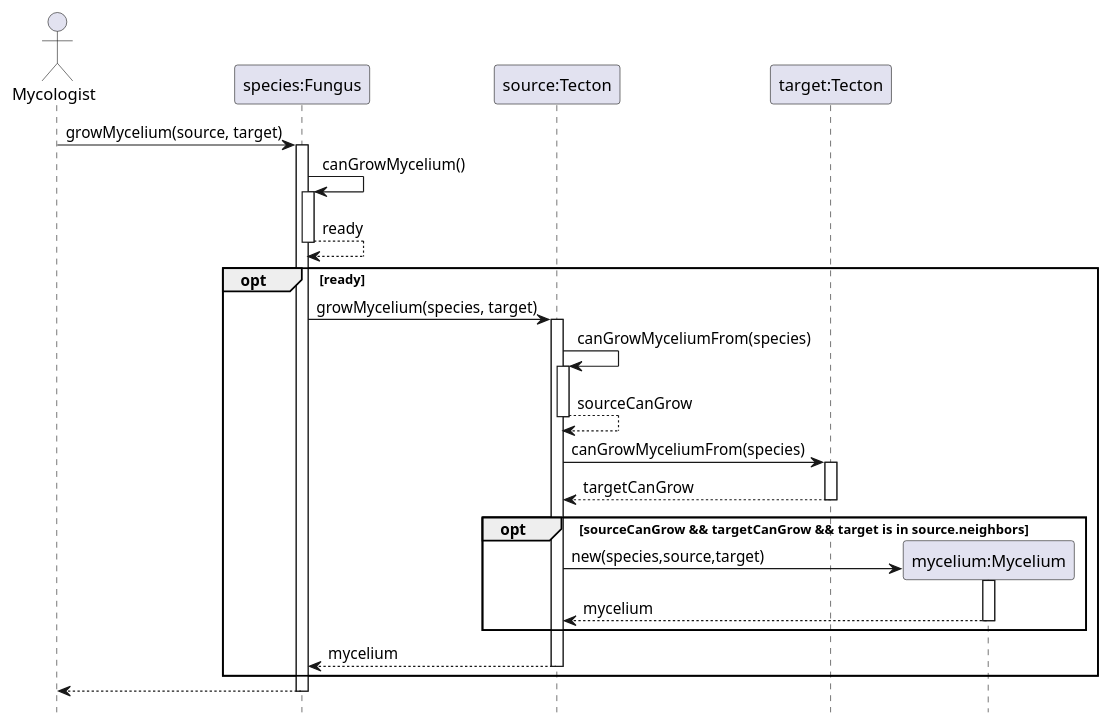
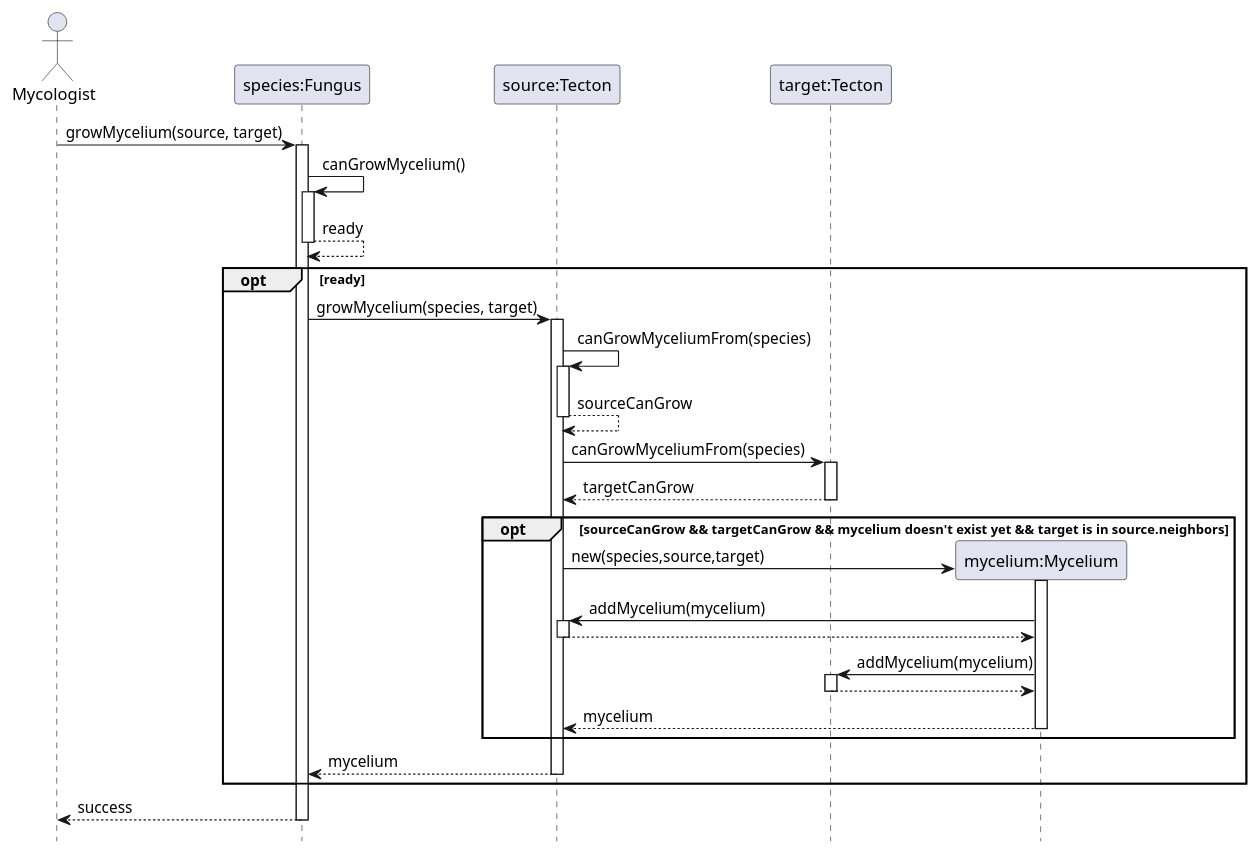
One commit to ZD4ve/projlab-error521 changed the diagram in Mycelium/mycelium-grow.pu. Above: the diagram before and after it, drawn with PlantUML. The commit also changed 8 other files, not shown here.

```diff
--- a/Mycelium/mycelium-grow.pu
+++ b/Mycelium/mycelium-grow.pu
@@ -1,39 +1,50 @@
 @startuml Mycelium/mycelium-grow
 hide footbox
 
 actor Mycologist
 participant "species:Fungus" as species
 participant "source:Tecton" as source
 participant "target:Tecton" as target
 participant "mycelium:Mycelium" as mycelium
 
 Mycologist -> species : growMycelium(source, target)
 activate species
 
 species -> species : canGrowMycelium()
 activate species
 return ready
 
 opt ready
 species -> source : growMycelium(species, target)
 activate source
     source -> source : canGrowMyceliumFrom(species)
     activate source
     return sourceCanGrow
+
     source -> target : canGrowMyceliumFrom(species) 
     ' ^check in implementation: (gombatest or mycelium) and (mycelium species count < limit)
     activate target
     return targetCanGrow
-    opt sourceCanGrow && targetCanGrow && target is in source.neighbors
+    opt sourceCanGrow && targetCanGrow && mycelium doesn't exist yet && target is in source.neighbors
         create mycelium
         source -> mycelium : new(species,source,target)
         activate mycelium
+
+        mycelium -> source : addMycelium(mycelium)
+        activate source
+        return
+
+        mycelium -> target : addMycelium(mycelium)
+        activate target
+        return
+
         return mycelium
     end
 return mycelium
 end
-return
+
+return success
 
 
 
 @enduml
```
